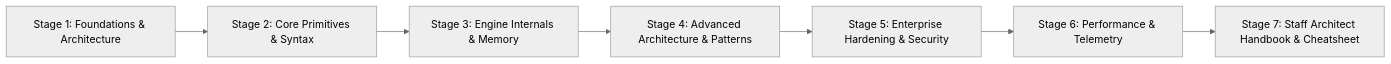
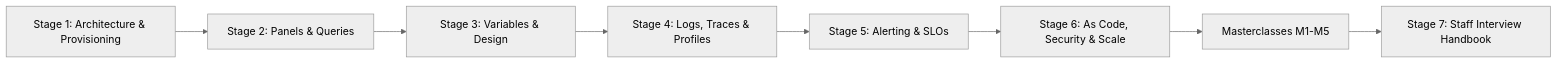
The first of 29 diagrams in README.md (TheLearningHubOrg/learn-grafana), drawn with Mermaid (neutral theme) before and after one commit. The commit also changed other lines of this file and 32 other files, not shown here.

````diff
--- a/README.md
+++ b/README.md
@@ -28,9 +29,10 @@
 ```mermaid
 flowchart LR
-    S1["Stage 1: Foundations & Architecture"] --> S2["Stage 2: Core Primitives & Syntax"]
-    S2 --> S3["Stage 3: Engine Internals & Memory"]
-    S3 --> S4["Stage 4: Advanced Architecture & Patterns"]
-    S4 --> S5["Stage 5: Enterprise Hardening & Security"]
-    S5 --> S6["Stage 6: Performance & Telemetry"]
-    S6 --> S7["Stage 7: Staff Architect Handbook & Cheatsheet"]
+    S1["Stage 1: Architecture & Provisioning"] --> S2["Stage 2: Panels & Queries"]
+    S2 --> S3["Stage 3: Variables & Design"]
+    S3 --> S4["Stage 4: Logs, Traces & Profiles"]
+    S4 --> S5["Stage 5: Alerting & SLOs"]
+    S5 --> S6["Stage 6: As Code, Security & Scale"]
+    S6 --> M["Masterclasses M1-M5"]
+    M --> S7["Stage 7: Staff Interview Handbook"]
 ```
````
